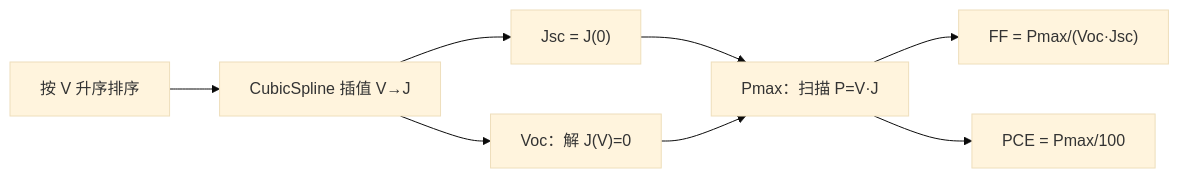
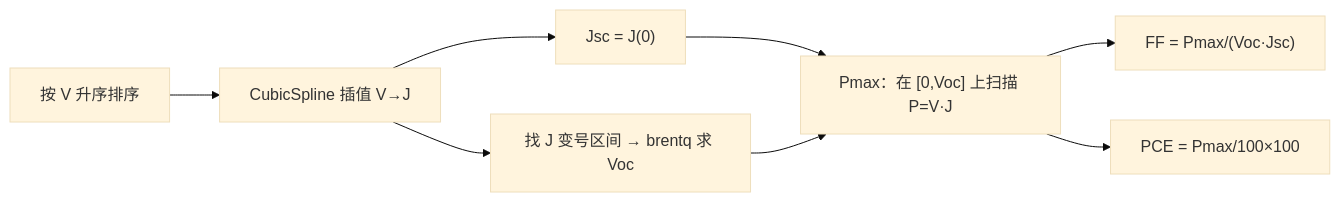
The diagram in README.md (jiaozikeainie/pv_extractor), drawn with Mermaid (base theme) before and after one commit. The commit also changed other lines of this file, not shown here.

````diff
--- a/README.md
+++ b/README.md
@@ -47,10 +39,10 @@
 ```mermaid
 flowchart LR
     A[按 V 升序排序] --> B[CubicSpline 插值 V→J]
     B --> C["Jsc = J(0)"]
-    B --> D["Voc：解 J(V)=0"]
-    C --> E["Pmax：扫描 P=V·J"]
+    B --> D["找 J 变号区间 → brentq 求 Voc"]
+    C --> E["Pmax：在 [0,Voc] 上扫描 P=V·J"]
     D --> E
     E --> F["FF = Pmax/(Voc·Jsc)"]
-    E --> G["PCE = Pmax/100"]
+    E --> G["PCE = Pmax/100×100"]
 ```
````
